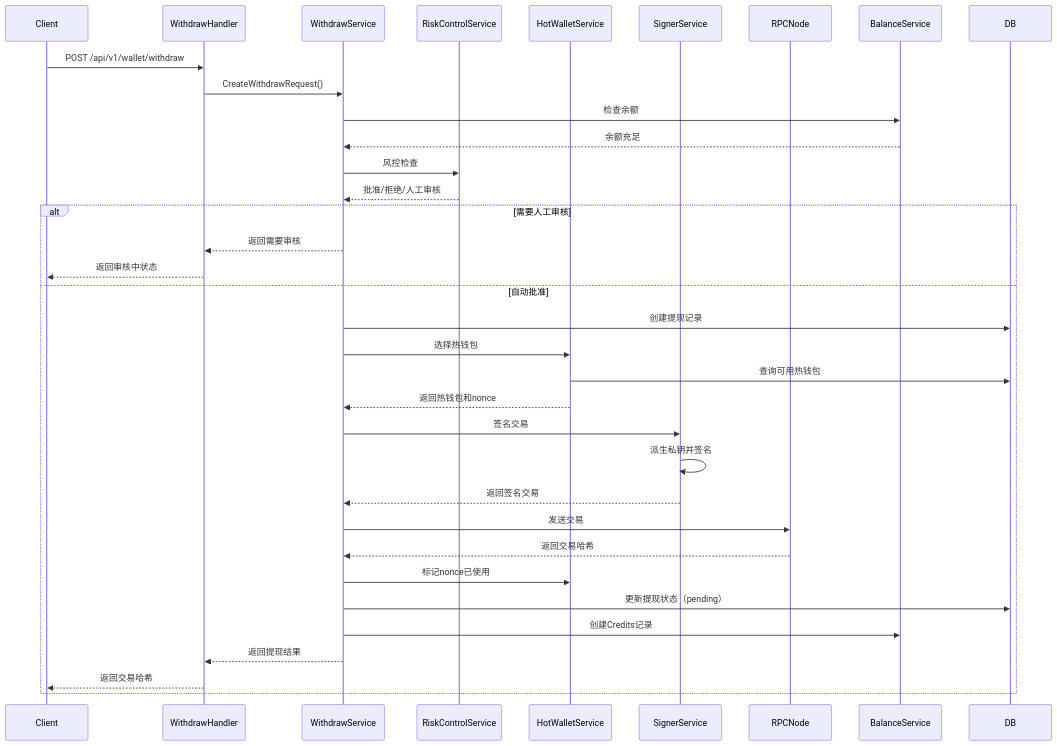
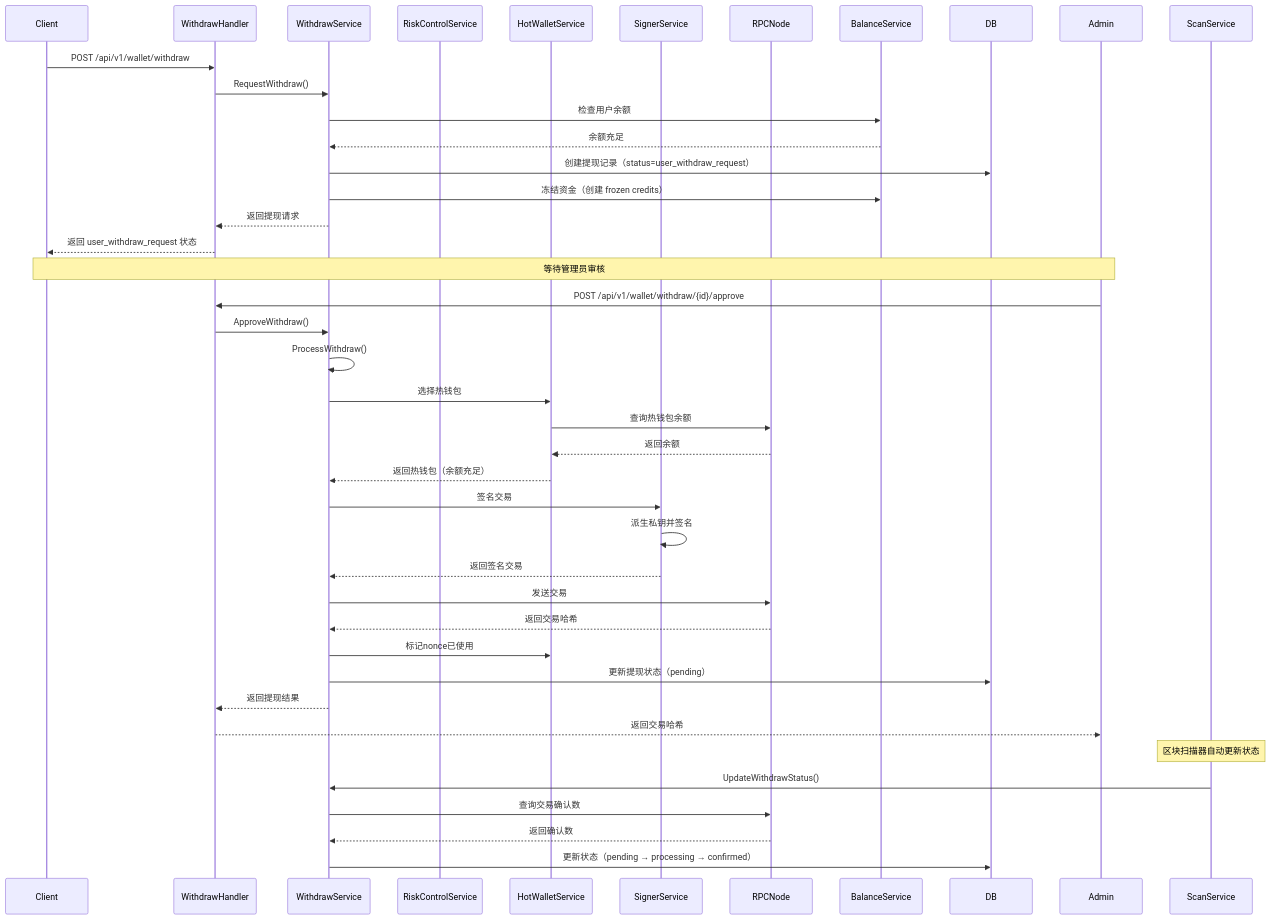
The fourth of 5 diagrams in docs/hd-wallet-design.md (chapool/go-wallet), drawn with Mermaid before and after one commit. The commit also changed other lines of this file, not shown here.

First line of the commit message:
docs: 更新 HD Wallet 设计文档，反映最新实现功能

````diff
--- a/docs/hd-wallet-design.md
+++ b/docs/hd-wallet-design.md
@@ -2281,45 +2397,54 @@
 ```mermaid
 sequenceDiagram
     participant Client
     participant WithdrawHandler
     participant WithdrawService
     participant RiskControlService
     participant HotWalletService
     participant SignerService
     participant RPCNode
     participant BalanceService
     participant DB
 
     Client->>WithdrawHandler: POST /api/v1/wallet/withdraw
-    WithdrawHandler->>WithdrawService: CreateWithdrawRequest()
+    WithdrawHandler->>WithdrawService: RequestWithdraw()
     
-    WithdrawService->>BalanceService: 检查余额
+    WithdrawService->>BalanceService: 检查用户余额
     BalanceService-->>WithdrawService: 余额充足
     
-    WithdrawService->>RiskControlService: 风控检查
-    RiskControlService-->>WithdrawService: 批准/拒绝/人工审核
+    WithdrawService->>DB: 创建提现记录（status=user_withdraw_request）
+    WithdrawService->>BalanceService: 冻结资金（创建 frozen credits）
+    WithdrawService-->>WithdrawHandler: 返回提现请求
+    WithdrawHandler-->>Client: 返回 user_withdraw_request 状态
     
-    alt 需要人工审核
-        WithdrawService-->>WithdrawHandler: 返回需要审核
-        WithdrawHandler-->>Client: 返回审核中状态
-    else 自动批准
-        WithdrawService->>DB: 创建提现记录
-        WithdrawService->>HotWalletService: 选择热钱包
-        HotWalletService->>DB: 查询可用热钱包
-        HotWalletService-->>WithdrawService: 返回热钱包和nonce
-        
-        WithdrawService->>SignerService: 签名交易
-        SignerService->>SignerService: 派生私钥并签名
-        SignerService-->>WithdrawService: 返回签名交易
-        
-        WithdrawService->>RPCNode: 发送交易
-        RPCNode-->>WithdrawService: 返回交易哈希
-        
-        WithdrawService->>HotWalletService: 标记nonce已使用
-        WithdrawService->>DB: 更新提现状态（pending）
-        WithdrawService->>BalanceService: 创建Credits记录
-        
-        WithdrawService-->>WithdrawHandler: 返回提现结果
-        WithdrawHandler-->>Client: 返回交易哈希
-    end
+    Note over Client,Admin: 等待管理员审核
+    
+    Admin->>WithdrawHandler: POST /api/v1/wallet/withdraw/{id}/approve
+    WithdrawHandler->>WithdrawService: ApproveWithdraw()
+    
+    WithdrawService->>WithdrawService: ProcessWithdraw()
+    
+    WithdrawService->>HotWalletService: 选择热钱包
+    HotWalletService->>RPCNode: 查询热钱包余额
+    RPCNode-->>HotWalletService: 返回余额
+    HotWalletService-->>WithdrawService: 返回热钱包（余额充足）
+    
+    WithdrawService->>SignerService: 签名交易
+    SignerService->>SignerService: 派生私钥并签名
+    SignerService-->>WithdrawService: 返回签名交易
+    
+    WithdrawService->>RPCNode: 发送交易
+    RPCNode-->>WithdrawService: 返回交易哈希
+    
+    WithdrawService->>HotWalletService: 标记nonce已使用
+    WithdrawService->>DB: 更新提现状态（pending）
+    
+    WithdrawService-->>WithdrawHandler: 返回提现结果
+    WithdrawHandler-->>Admin: 返回交易哈希
+    
+    Note over ScanService: 区块扫描器自动更新状态
+    ScanService->>WithdrawService: UpdateWithdrawStatus()
+    WithdrawService->>RPCNode: 查询交易确认数
+    RPCNode-->>WithdrawService: 返回确认数
+    WithdrawService->>DB: 更新状态（pending → processing → confirmed）
 ```
````
